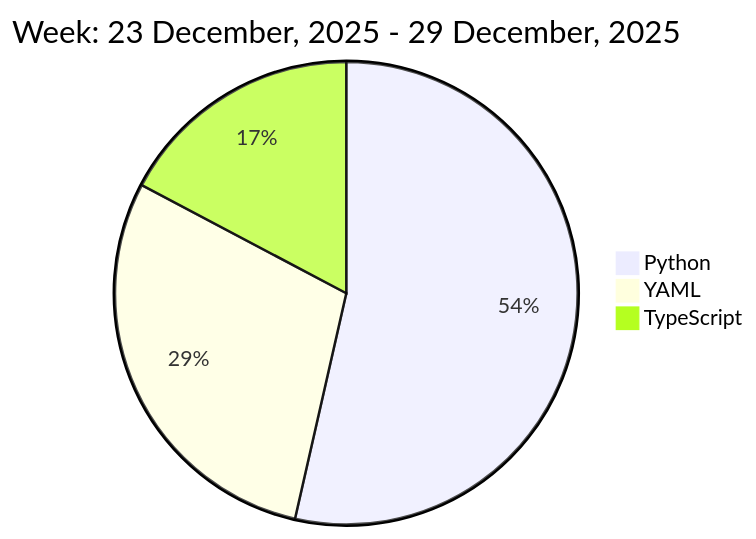
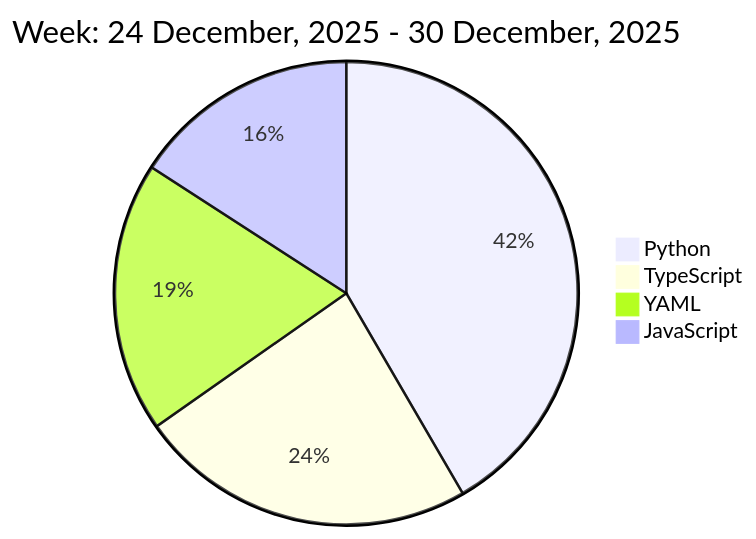
Before and after one commit to liubin95/liubin95: the diagram in README.md, drawn with Mermaid.

Commit message:
Updated the Graph with new Metrics

````diff
--- a/README.md
+++ b/README.md
@@ -37,7 +37,8 @@
 ```mermaid
  pie
-title Week: 23 December, 2025 - 29 December, 2025
- "Python" : 6.92
- "YAML" : 3.77
- "TypeScript" : 2.23
+title Week: 24 December, 2025 - 30 December, 2025
+ "Python" : 6.9
+ "TypeScript" : 3.92
+ "YAML" : 3.13
+ "JavaScript" : 2.63
 ```
````
